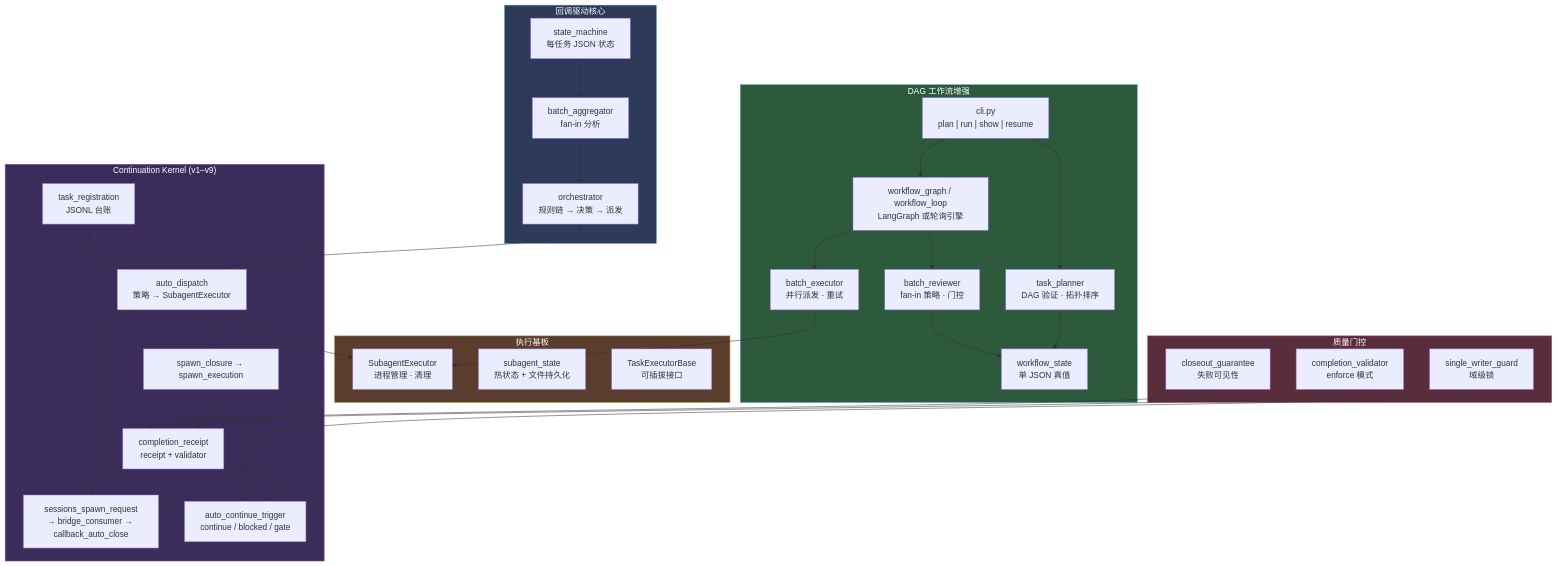
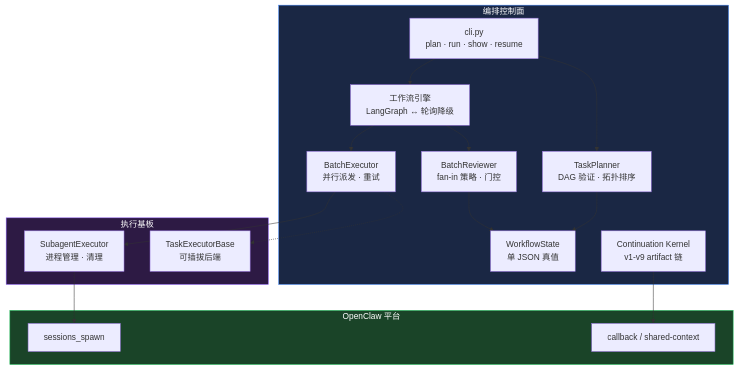
Before and after one commit to lanyasheng/openclaw-company-orchestration-proposal: the first of 2 diagrams in README_CN.md, drawn with Mermaid. The commit also changed other lines of this file and 1 other file, not shown here.

First line of the commit message:
docs: rewrite READMEs — focus on architecture value and out-of-box usage

````diff
--- a/README_CN.md
+++ b/README_CN.md
@@ -26,57 +54,33 @@
 ```mermaid
 graph TD
-  subgraph Core["回调驱动核心"]
-    SM["state_machine<br/>每任务 JSON 状态"]
-    BA["batch_aggregator<br/>fan-in 分析"]
-    OR["orchestrator<br/>规则链 → 决策 → 派发"]
-  end
-
-  subgraph Kernel["Continuation Kernel (v1–v9)"]
-    TR["task_registration<br/>JSONL 台账"]
-    AD["auto_dispatch<br/>策略 → SubagentExecutor"]
-    SC["spawn_closure → spawn_execution"]
-    CR["completion_receipt<br/>receipt + validator"]
-    SR["sessions_spawn_request<br/>→ bridge_consumer → callback_auto_close"]
-    AT["auto_continue_trigger<br/>continue / blocked / gate"]
-  end
-
-  subgraph DAG["DAG 工作流增强"]
-    WS["workflow_state<br/>单 JSON 真值"]
-    TP["task_planner<br/>DAG 验证 · 拓扑排序"]
-    BE["batch_executor<br/>并行派发 · 重试"]
-    BR["batch_reviewer<br/>fan-in 策略 · 门控"]
-    WG["workflow_graph / workflow_loop<br/>LangGraph 或轮询引擎"]
-    CLI["cli.py<br/>plan | run | show | resume"]
+  subgraph Control["编排控制面"]
+    CLI["cli.py<br/>plan · run · show · resume"]
+    TP["TaskPlanner<br/>DAG 验证 · 拓扑排序"]
+    WG["工作流引擎<br/>LangGraph ↔ 轮询降级"]
+    BE["BatchExecutor<br/>并行派发 · 重试"]
+    BR["BatchReviewer<br/>fan-in 策略 · 门控"]
+    WS["WorkflowState<br/>单 JSON 真值"]
+    CK["Continuation Kernel<br/>v1-v9 artifact 链"]
   end
 
   subgraph Exec["执行基板"]
     SE["SubagentExecutor<br/>进程管理 · 清理"]
-    SS["subagent_state<br/>热状态 + 文件持久化"]
-    EI["TaskExecutorBase<br/>可插拔接口"]
+    EI["TaskExecutorBase<br/>可插拔后端"]
   end
 
-  subgraph Quality["质量门控"]
-    CV["completion_validator<br/>enforce 模式"]
-    SW["single_writer_guard<br/>域级锁"]
-    CG["closeout_guarantee<br/>失败可见性"]
+  subgraph Platform["OpenClaw 平台"]
+    SS["sessions_spawn"]
+    CB["callback / shared-context"]
   end
 
-  OR --> AD
-  AD --> SE
-  CR --> AT
-  AT --> AD
-  SM --> BA --> OR
-  TR --> AD --> SC --> CR --> SR
   CLI --> TP --> WS
   CLI --> WG --> BE --> SE
   WG --> BR --> WS
-  CV --> CR
-  SW --> AT
-  CG --> CR
+  SE --> SS
+  CK --> CB
+  BE -.-> EI
 
-  style Core fill:#2d3a5a,stroke:#49a,color:#fff
-  style Kernel fill:#3a2d5a,stroke:#94a,color:#fff
-  style DAG fill:#2d5a3d,stroke:#4a9,color:#fff
-  style Exec fill:#5a3d2d,stroke:#a94,color:#fff
-  style Quality fill:#5a2d3d,stroke:#a49,color:#fff
+  style Control fill:#1a2744,stroke:#3b82f6,color:#fff
+  style Exec fill:#2d1a44,stroke:#8b5cf6,color:#fff
+  style Platform fill:#1a4428,stroke:#22c55e,color:#fff
 ```
````
